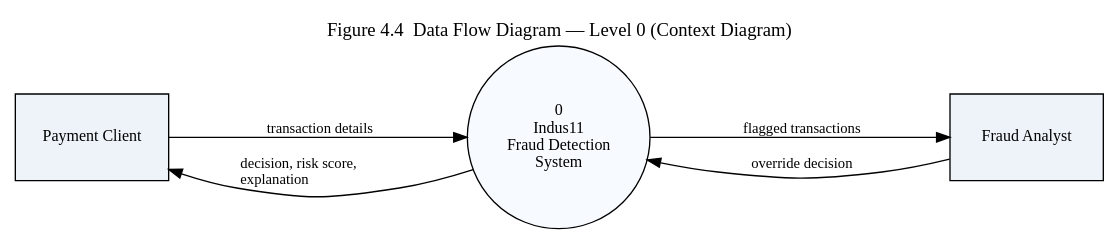
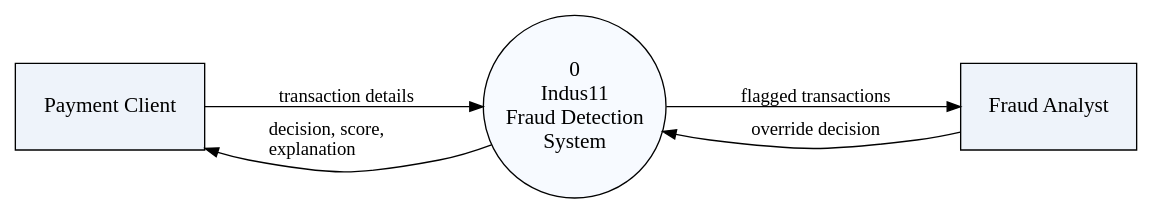
The diagram in docs/diagrams/10-dfd0.dot (OMJOSHI15/indus11), drawn with Graphviz before and after one commit. The commit also changed 34 other files, not shown here.

```diff
--- a/docs/diagrams/10-dfd0.dot
+++ b/docs/diagrams/10-dfd0.dot
@@ -1,16 +1,15 @@
 digraph DFD0 {
-  graph [rankdir=LR, fontname="Times-Roman", fontsize=14, labelloc=t,
-         label="Figure 4.4  Data Flow Diagram — Level 0 (Context Diagram)", nodesep=0.8, ranksep=1.4];
-  node  [fontname="Times-Roman", fontsize=12];
-  edge  [fontname="Times-Roman", fontsize=11];
+  graph [rankdir=LR, fontname="Times-Roman", fontsize=14, nodesep=0.6, ranksep=0.9];
+  node  [fontname="Times-Roman", fontsize=16];
+  edge  [fontname="Times-Roman", fontsize=14];
 
   PC  [shape=box, style=filled, fillcolor="#EEF3FA", width=1.6, height=0.9, label="Payment Client"];
   FA  [shape=box, style=filled, fillcolor="#EEF3FA", width=1.6, height=0.9, label="Fraud Analyst"];
   SYS [shape=circle, style=filled, fillcolor="#F7FAFF", width=1.9, fixedsize=true,
        label="0\nIndus11\nFraud Detection\nSystem"];
 
   PC -> SYS [label="  transaction details"];
-  SYS -> PC [label="  decision, risk score,\l  explanation\l"];
+  SYS -> PC [label="  decision, score,\l  explanation\l"];
   SYS -> FA [label="  flagged transactions"];
   FA -> SYS [label="  override decision"];
 }
```
